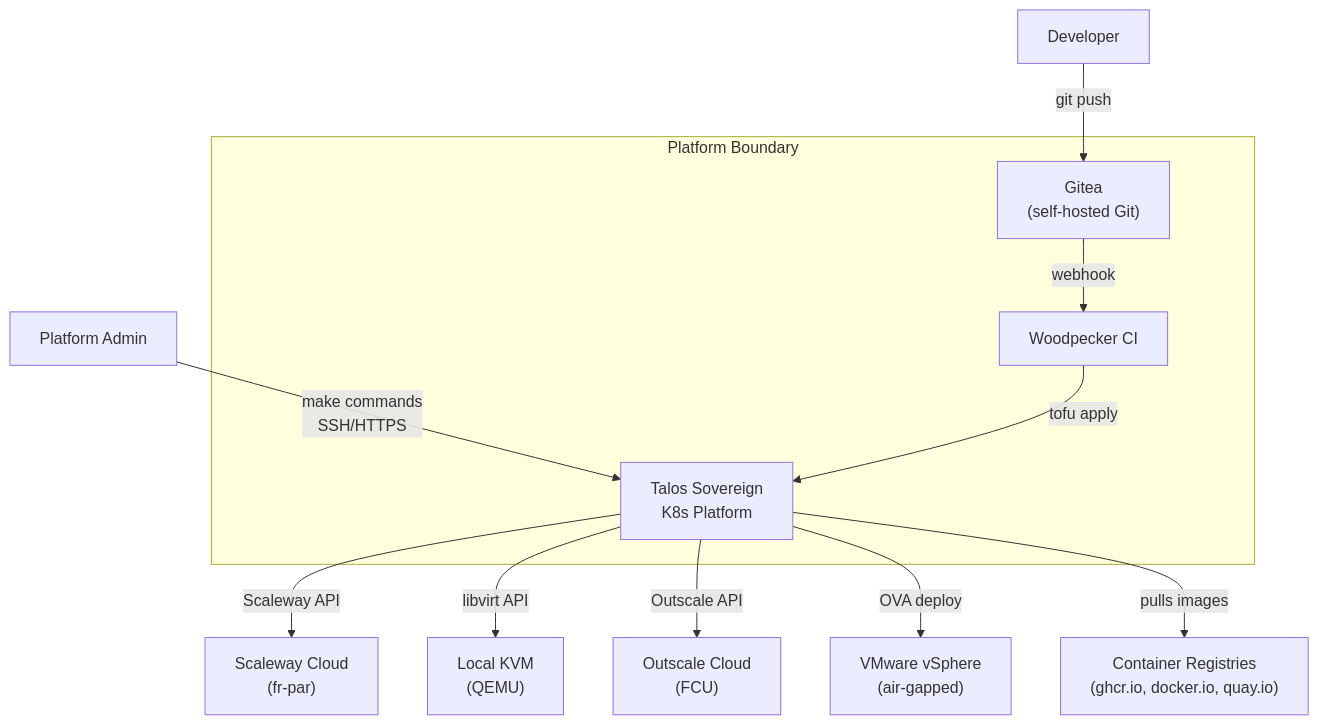
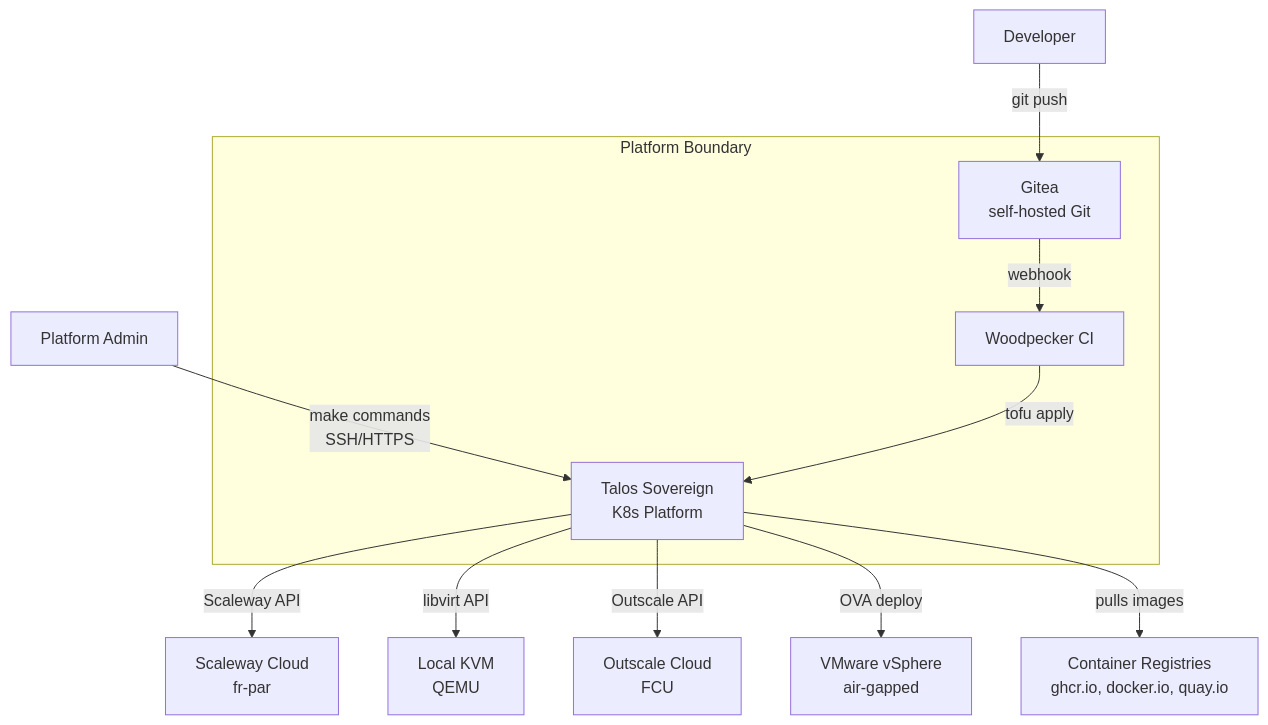
One commit to Destynova2/st4ck changed the first of 14 diagrams in docs/design/001-hld-lld.md. Above: the diagram before and after it, drawn with Mermaid. The commit also changed other lines of this file, not shown here.

First line of the commit message:
fix: repair Mermaid syntax and fill missing versions in design doc

````diff
--- a/docs/design/001-hld-lld.md
+++ b/docs/design/001-hld-lld.md
@@ -74,20 +74,20 @@
 ```mermaid
 graph TB
     Admin["Platform Admin"] -->|make commands<br/>SSH/HTTPS| Platform["Talos Sovereign<br/>K8s Platform"]
-    Developer["Developer"] -->|git push| Gitea["Gitea<br/>(self-hosted Git)"]
+    Developer["Developer"] -->|git push| Gitea["Gitea<br/>self-hosted Git"]
     Gitea -->|webhook| WP["Woodpecker CI"]
     WP -->|tofu apply| Platform
 
-    Platform -->|Scaleway API| SCW["Scaleway Cloud<br/>(fr-par)"]
-    Platform -->|libvirt API| KVM["Local KVM<br/>(QEMU)"]
-    Platform -->|Outscale API| OSC["Outscale Cloud<br/>(FCU)"]
-    Platform -->|OVA deploy| VMW["VMware vSphere<br/>(air-gapped)"]
+    Platform -->|Scaleway API| SCW["Scaleway Cloud<br/>fr-par"]
+    Platform -->|libvirt API| KVM["Local KVM<br/>QEMU"]
+    Platform -->|Outscale API| OSC["Outscale Cloud<br/>FCU"]
+    Platform -->|OVA deploy| VMW["VMware vSphere<br/>air-gapped"]
 
-    Platform -->|pulls images| Registries["Container Registries<br/>(ghcr.io, docker.io, quay.io)"]
+    Platform -->|pulls images| Registries["Container Registries<br/>ghcr.io, docker.io, quay.io"]
 
     subgraph "Platform Boundary"
         Platform
         Gitea
         WP
     end
 ```
````
